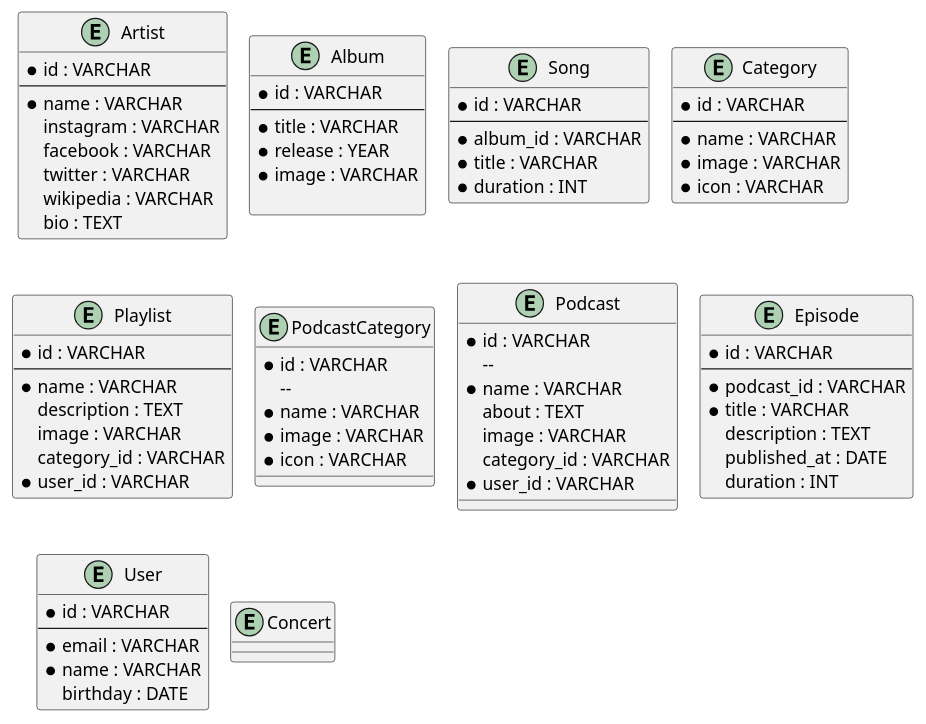
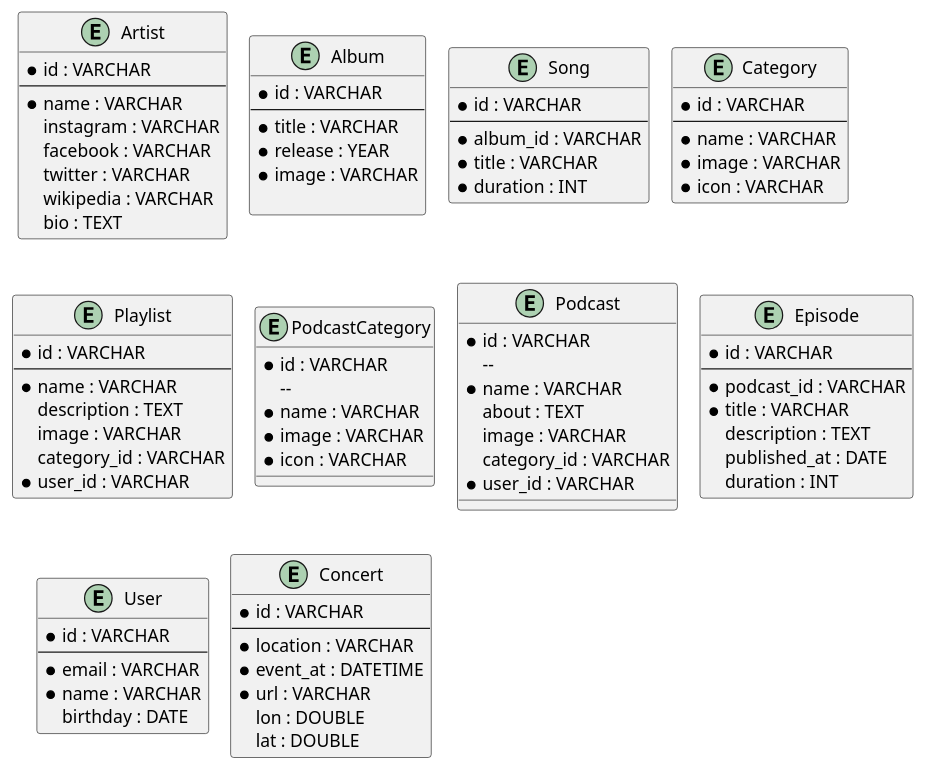
One commit to fkresna23/database-design-spotify changed the diagram in spotify.puml. Above: the diagram before and after it, drawn with PlantUML.

Commit message:
Menentukan Attribute Entity Concert

```diff
--- a/spotify.puml
+++ b/spotify.puml
@@ -1,88 +1,94 @@
 @startuml
 !pragma layout smetana
 entity Artist {
     * id : VARCHAR
     --
     * name : VARCHAR
     instagram : VARCHAR
     facebook : VARCHAR
     twitter : VARCHAR
     wikipedia : VARCHAR
     bio : TEXT
 }
 
 entity Album {
     * id : VARCHAR
     --
     * title : VARCHAR
     * release : YEAR
     * image : VARCHAR
 
 }
 
 entity Song {
     * id : VARCHAR
     --
     * album_id : VARCHAR
     * title : VARCHAR
     * duration : INT
 }
 
 entity Category {
     * id : VARCHAR
     --
     * name : VARCHAR
     * image : VARCHAR
     * icon : VARCHAR
 }
 
 entity Playlist {
     * id : VARCHAR
     --
     * name : VARCHAR
     description : TEXT
     image : VARCHAR
     category_id : VARCHAR
     * user_id : VARCHAR
 }
 
 entity PodcastCategory {
      * id : VARCHAR
         --
      * name : VARCHAR
      * image : VARCHAR
      * icon : VARCHAR
 }
 
 entity Podcast {
     * id : VARCHAR
         --
     * name : VARCHAR
     about : TEXT
     image : VARCHAR
     category_id : VARCHAR
     * user_id : VARCHAR
 }
 
 entity Episode {
     * id : VARCHAR
     --
     * podcast_id : VARCHAR
     * title : VARCHAR
     description : TEXT
     published_at : DATE
     duration : INT
 }
 
 entity User {
     * id : VARCHAR
     --
     * email : VARCHAR
     * name : VARCHAR
     birthday : DATE
 }
 
 entity Concert {
-
+    * id : VARCHAR
+    --
+    * location : VARCHAR
+    * event_at : DATETIME
+    * url : VARCHAR
+    lon : DOUBLE
+    lat : DOUBLE
 }
 @enduml
```
